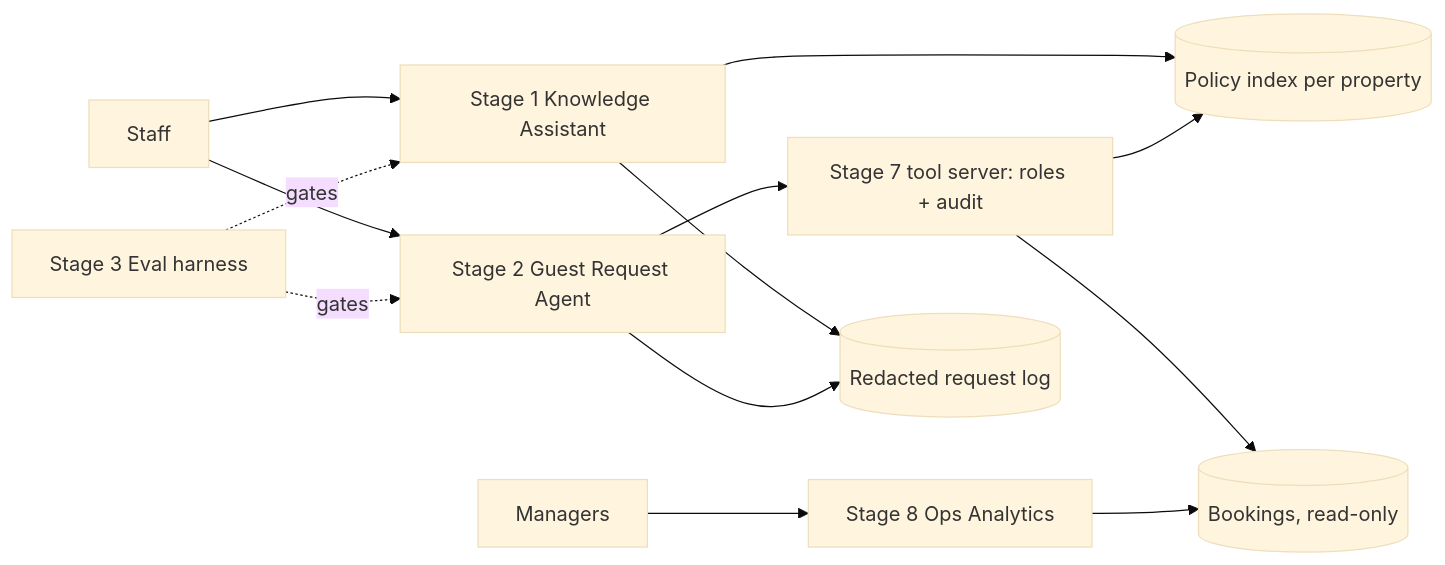
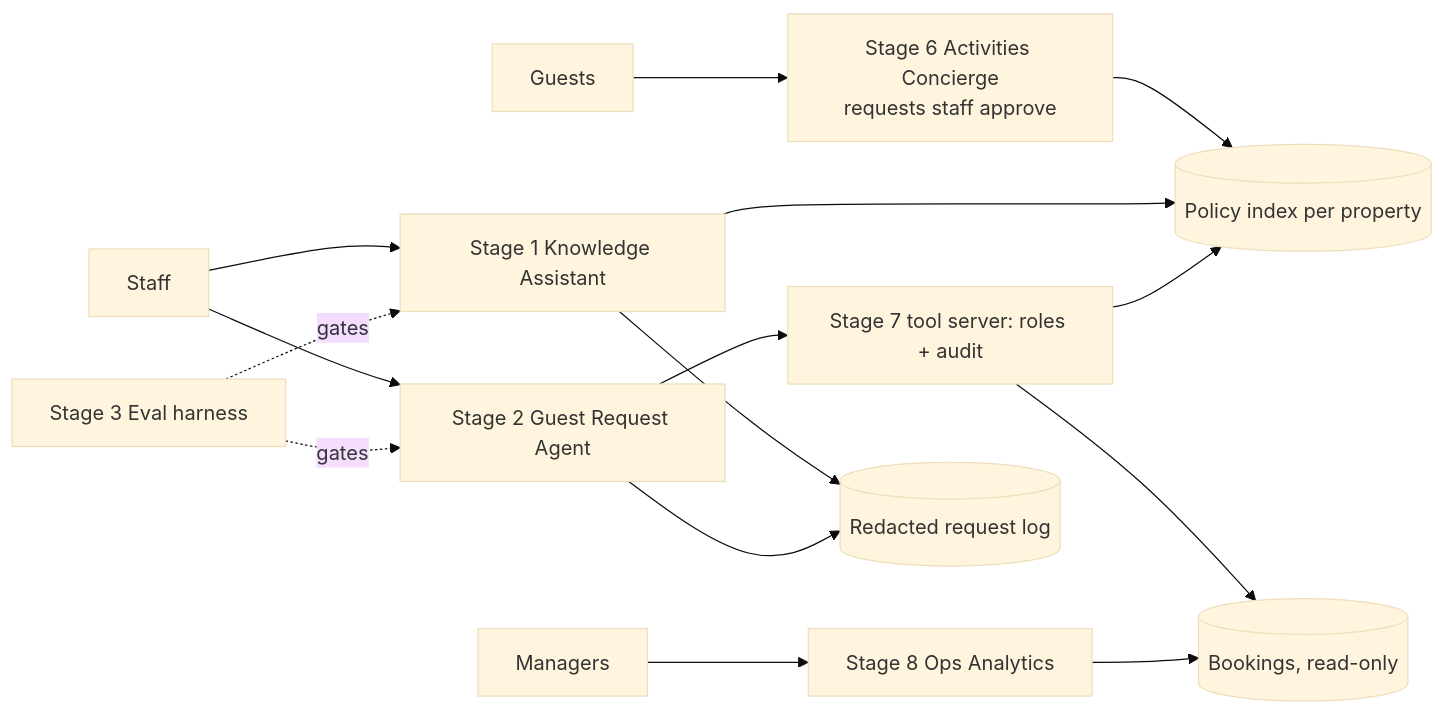
One commit to vamsialladev/hotel-ai-discovery changed the first of 2 diagrams in README.md. Above: the diagram before and after it, drawn with Mermaid (base theme). The commit also changed other lines of this file and 5 other files, not shown here.

Commit message:
docs: AI-narrated demo video and a sequence diagram for the main flow

````diff
--- a/README.md
+++ b/README.md
@@ -75,15 +80,17 @@
 ```mermaid
 flowchart LR
     Staff --> KA[Stage 1 Knowledge Assistant]
     Staff --> GA[Stage 2 Guest Request Agent]
     Managers --> OA[Stage 8 Ops Analytics]
+    Guests --> CC[Stage 6 Activities Concierge<br/>requests staff approve]
+    CC --> IDX
     GA --> T[Stage 7 tool server: roles + audit]
     KA --> IDX[(Policy index per property)]
     T --> IDX
     T --> BK[(Bookings, read-only)]
     OA --> BK
     KA --> LOG[(Redacted request log)]
     GA --> LOG
     EV[Stage 3 Eval harness] -. gates .-> KA
     EV -. gates .-> GA
 ```
````
